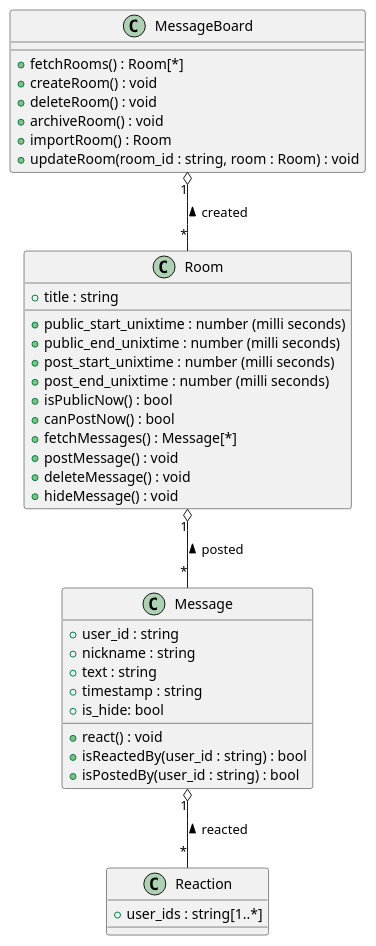
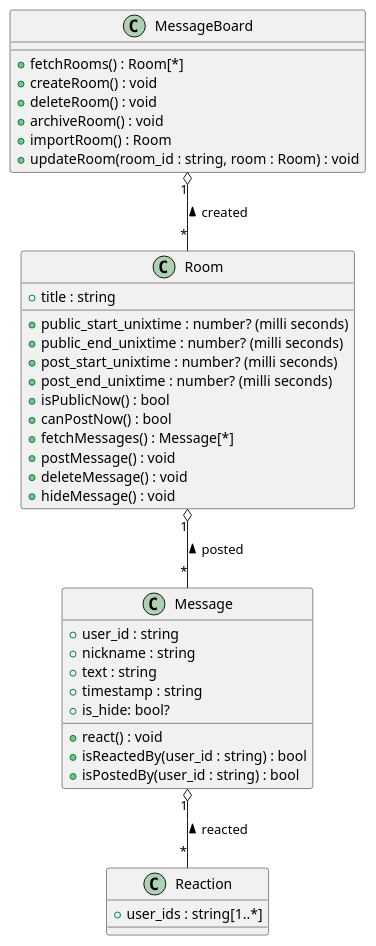
One commit to okutan0x7CC/message-board changed the diagram in system-design/class.pu. Above: the diagram before and after it, drawn with PlantUML.

Commit message:
[update] 各クラスのプロパティに nullable を追加

```diff
--- a/system-design/class.pu
+++ b/system-design/class.pu
@@ -1,44 +1,44 @@
 @startuml class
 
 class MessageBoard {
     + fetchRooms() : Room[*]
     + createRoom() : void
     + deleteRoom() : void
     + archiveRoom() : void
     + importRoom() : Room
     + updateRoom(room_id : string, room : Room) : void
 }
 
 class Room {
     + title : string
-    + public_start_unixtime : number (milli seconds)
-    + public_end_unixtime : number (milli seconds)
-    + post_start_unixtime : number (milli seconds)
-    + post_end_unixtime : number (milli seconds)
+    + public_start_unixtime : number? (milli seconds)
+    + public_end_unixtime : number? (milli seconds)
+    + post_start_unixtime : number? (milli seconds)
+    + post_end_unixtime : number? (milli seconds)
     + isPublicNow() : bool
     + canPostNow() : bool
     + fetchMessages() : Message[*]
     + postMessage() : void
     + deleteMessage() : void
     + hideMessage() : void
 }
 MessageBoard "1" o-- "*" Room : created <
 
 class Message {
     + user_id : string
     + nickname : string
     + text : string
     + timestamp : string
-    + is_hide: bool
+    + is_hide: bool?
     + react() : void
     + isReactedBy(user_id : string) : bool
     + isPostedBy(user_id : string) : bool
 }
 Room "1" o-- "*" Message : posted <
 
 class Reaction {
     + user_ids : string[1..*]
 }
 Message "1" o-- "*" Reaction : reacted <
 
 @enduml
```
